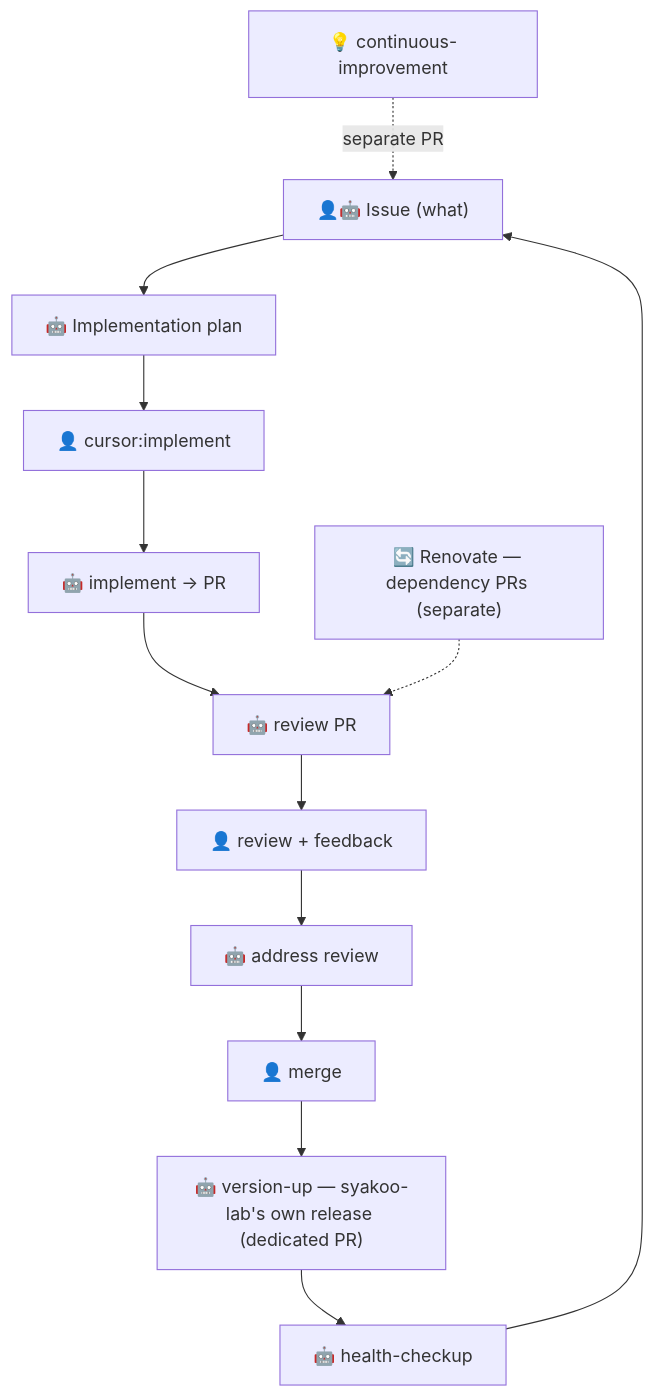
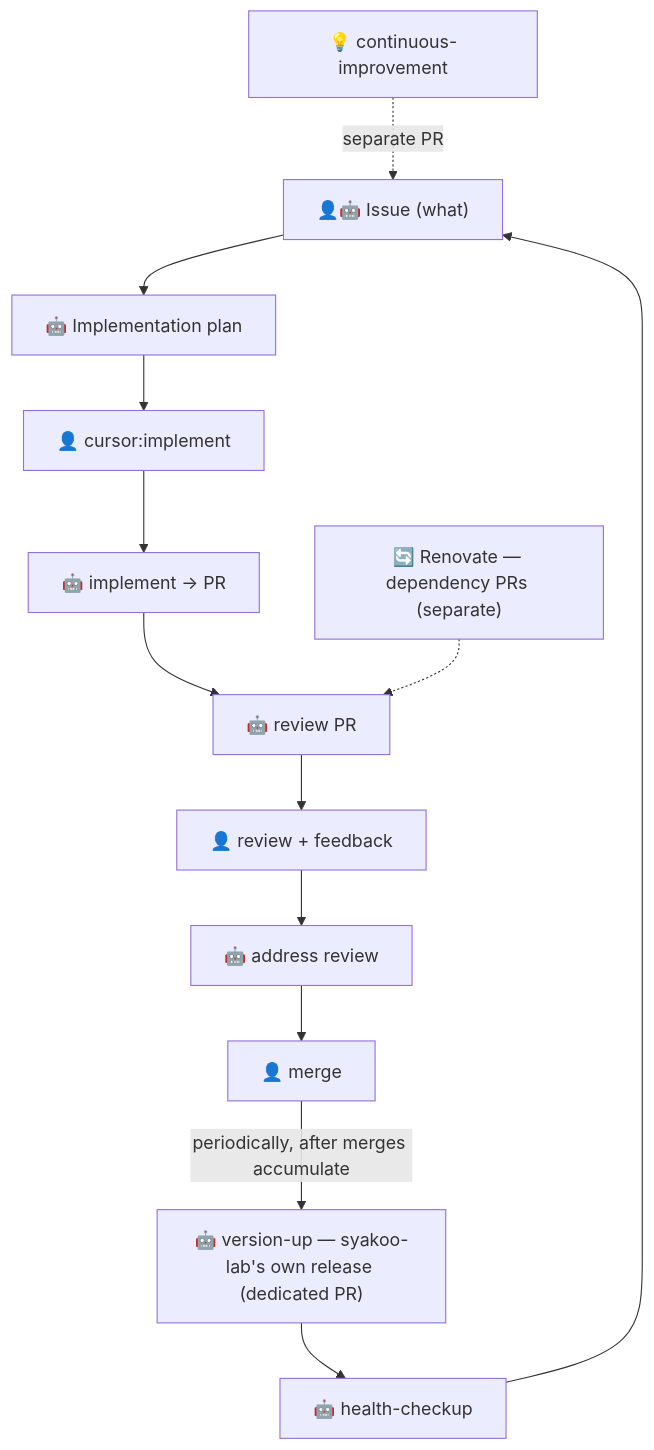
Before and after one commit to syakoo/syakoo-lab: the diagram in .cursor/rules/ai-workflow.mdc, drawn with Mermaid. The commit also changed other lines of this file and 1 other file, not shown here.

First line of the commit message:
docs: codify subagent-delegation criteria and clarify release cadence

````diff
--- a/.cursor/rules/ai-workflow.mdc
+++ b/.cursor/rules/ai-workflow.mdc
@@ -21,15 +21,15 @@
 ```mermaid
 flowchart TD
   A["👤🤖 Issue (what)"] --> B["🤖 Implementation plan"]
   B --> C["👤 cursor:implement"]
   C --> D["🤖 implement → PR"]
   D --> E["🤖 review PR"]
   E --> F["👤 review + feedback"]
   F --> G["🤖 address review"]
   G --> H["👤 merge"]
-  H --> I["🤖 version-up — syakoo-lab's own release (dedicated PR)"]
+  H -->|periodically, after merges accumulate| I["🤖 version-up — syakoo-lab's own release (dedicated PR)"]
   I --> J["🤖 health-checkup"]
   J --> A
   L["💡 continuous-improvement"] -.separate PR.-> A
   R["🔄 Renovate — dependency PRs (separate)"] -.-> E
 ```
````
